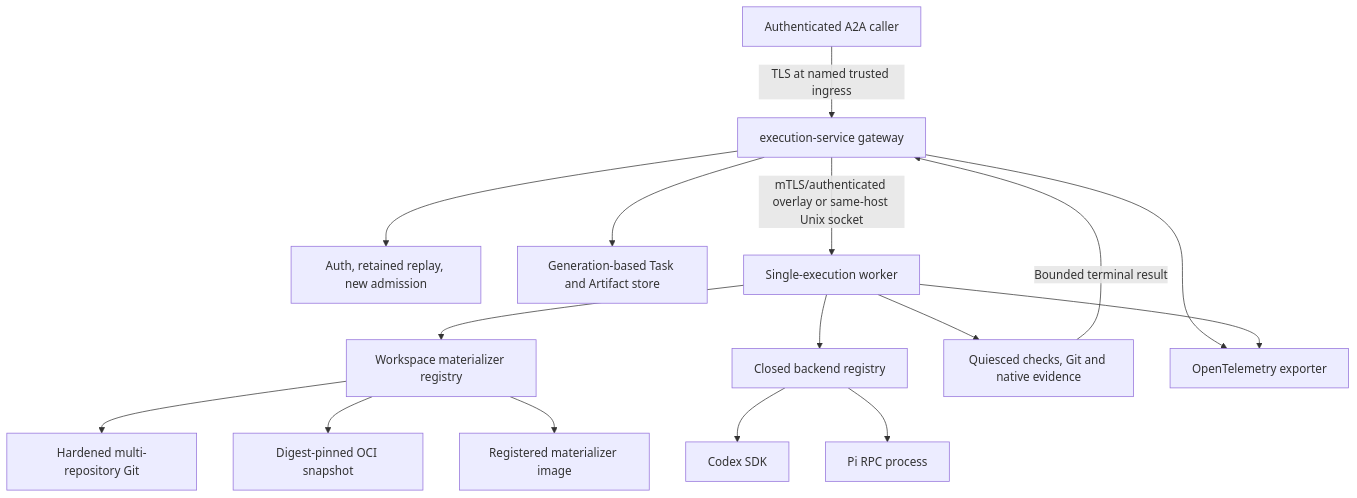
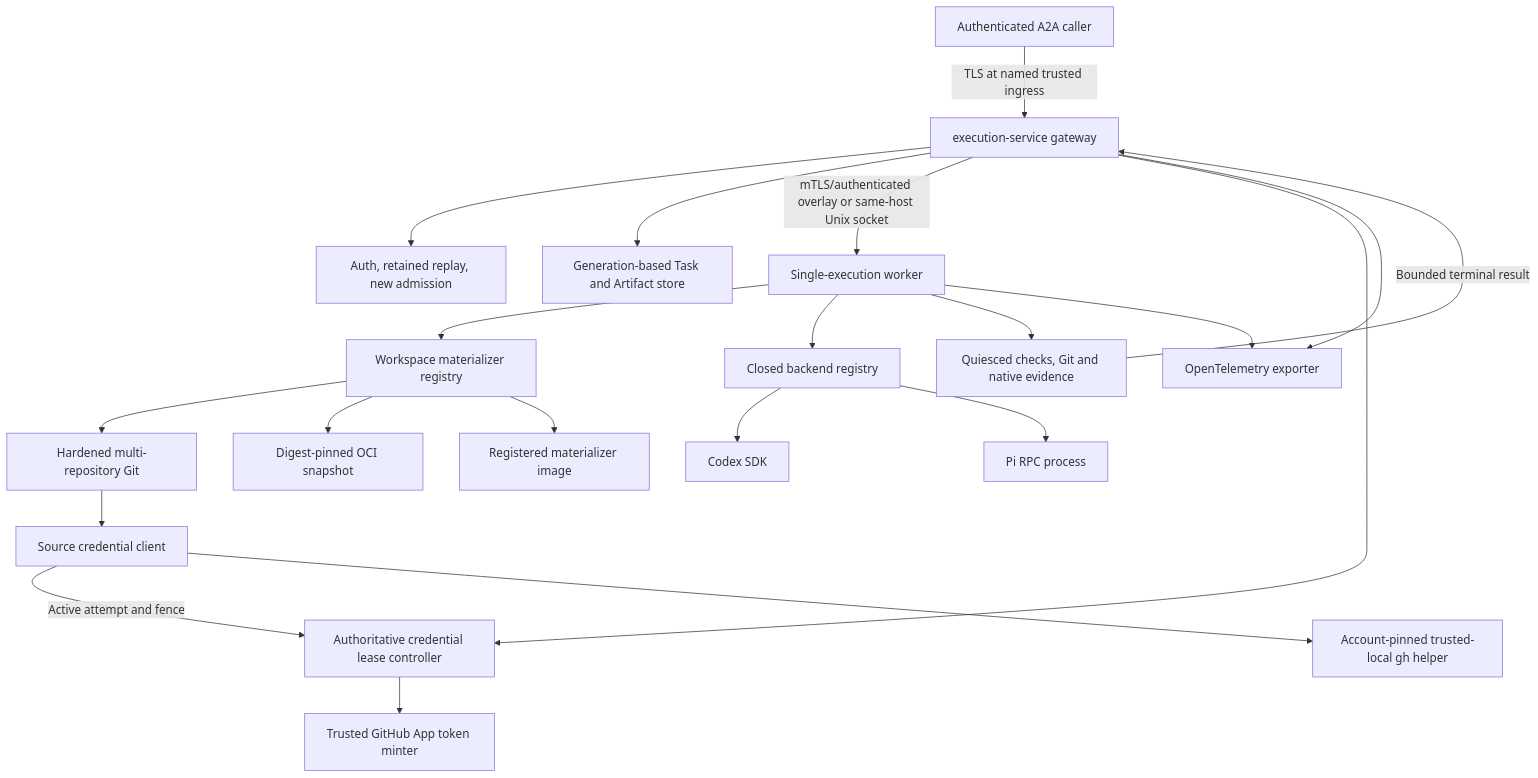
Before and after one commit to EntityProcess/allagents: the first of 4 diagrams in docs/plans/2026-09-18-0837-feat-coding-execution-gateway-plan.md, drawn with Mermaid. The commit also changed other lines of this file and 2 other files, not shown here.

Commit message:
docs(architecture): define GitHub source credentials

````diff
--- a/docs/plans/2026-09-18-0837-feat-coding-execution-gateway-plan.md
+++ b/docs/plans/2026-09-18-0837-feat-coding-execution-gateway-plan.md
@@ -402,18 +547,23 @@
 ```mermaid
 flowchart TB
   Caller[Authenticated A2A caller] -->|TLS at named trusted ingress| Gateway[execution-service gateway]
   Gateway --> Auth[Auth, retained replay, new admission]
   Gateway --> Store[Generation-based Task and Artifact store]
   Gateway -->|mTLS/authenticated overlay or same-host Unix socket| Worker[Single-execution worker]
+  Gateway --> LeaseController[Authoritative credential lease controller]
+  LeaseController --> AppMinter[Trusted GitHub App token minter]
   Worker --> Materialization[Workspace materializer registry]
   Materialization --> Git[Hardened multi-repository Git]
+  Git --> SourceCredentials[Source credential client]
+  SourceCredentials -->|Active attempt and fence| LeaseController
+  SourceCredentials --> GitHubCLI[Account-pinned trusted-local gh helper]
   Materialization --> OCI[Digest-pinned OCI snapshot]
   Materialization --> Custom[Registered materializer image]
   Worker --> Registry[Closed backend registry]
   Registry --> Codex[Codex SDK]
   Registry --> Pi[Pi RPC process]
   Worker --> Evidence[Quiesced checks, Git and native evidence]
   Evidence -->|Bounded terminal result| Gateway
   Gateway --> Telemetry[OpenTelemetry exporter]
   Worker --> Telemetry
 ```
````
